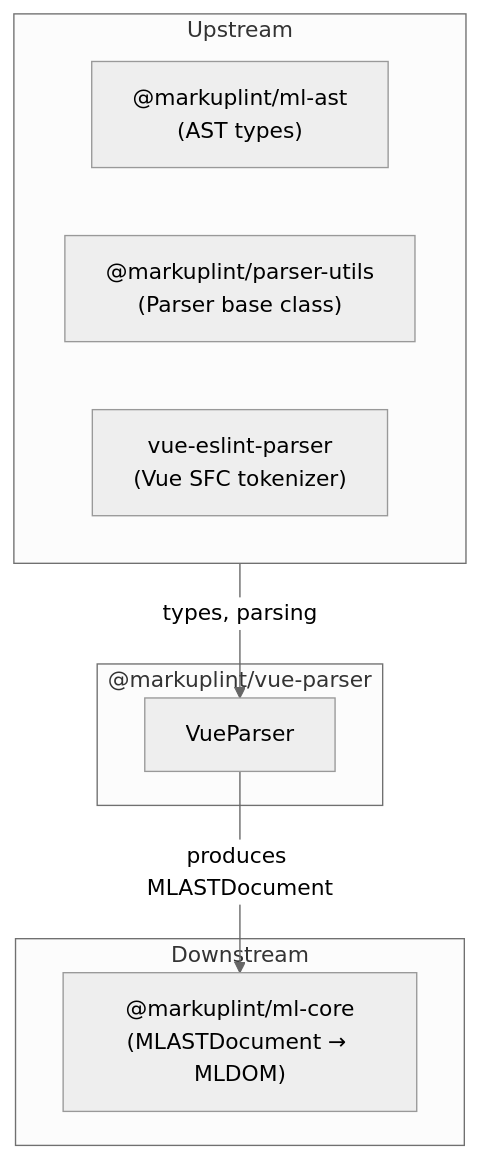
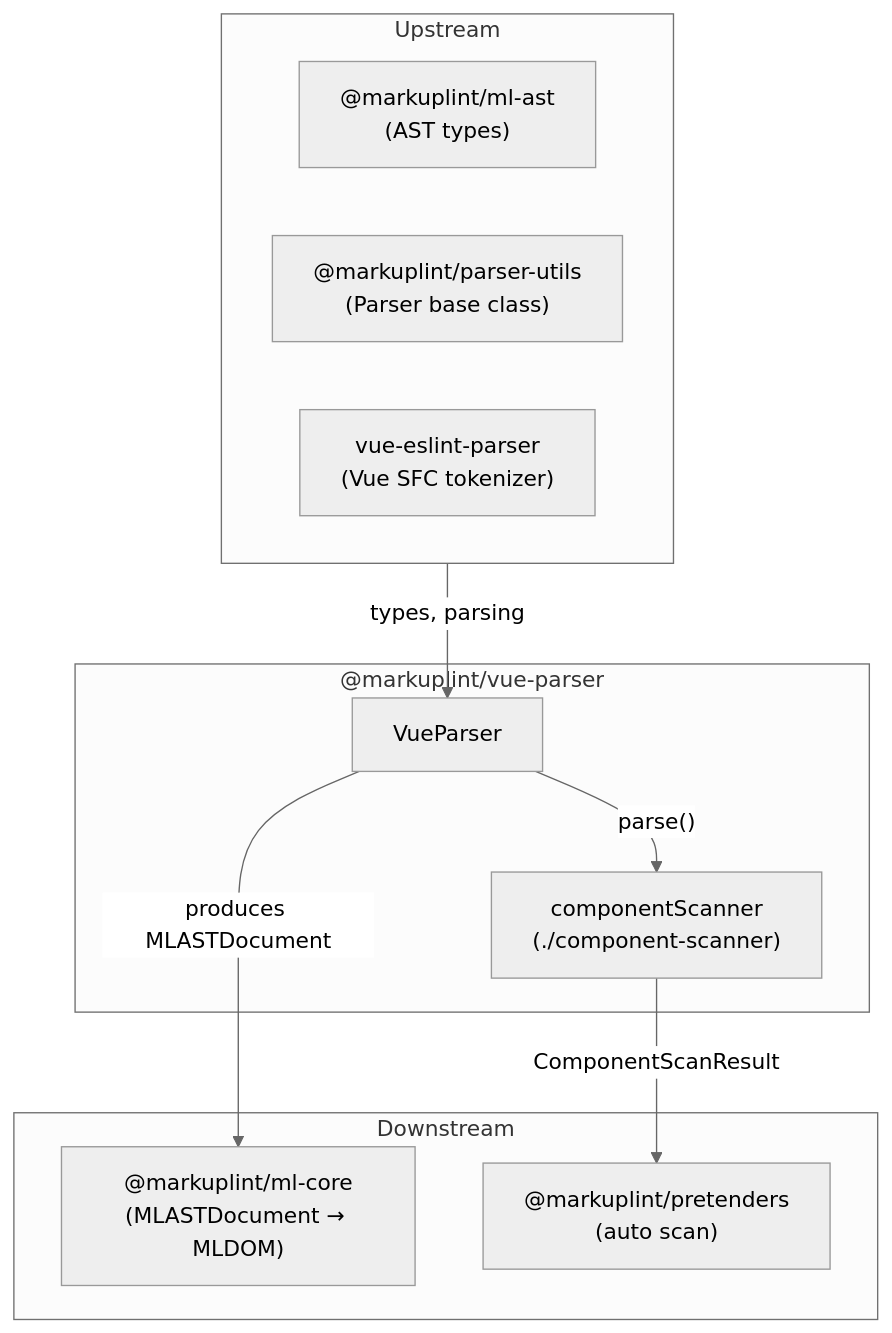
One commit to markuplint/markuplint changed the second of 2 diagrams in packages/@markuplint/vue-parser/ARCHITECTURE.md. Above: the diagram before and after it, drawn with Mermaid (neutral theme). The commit also changed other lines of this file and 5 other files, not shown here.

First line of the commit message:
docs: add component-scanner to parser ARCHITECTURE.md files

````diff
--- a/packages/@markuplint/vue-parser/ARCHITECTURE.md
+++ b/packages/@markuplint/vue-parser/ARCHITECTURE.md
@@ -270,19 +277,23 @@
 ```mermaid
 flowchart TD
     subgraph upstream ["Upstream"]
         mlAst["@markuplint/ml-ast\n(AST types)"]
         parserUtils["@markuplint/parser-utils\n(Parser base class)"]
         vueEslintParser["vue-eslint-parser\n(Vue SFC tokenizer)"]
     end
 
     subgraph pkg ["@markuplint/vue-parser"]
         vueParser["VueParser"]
+        compScanner["componentScanner\n(./component-scanner)"]
     end
 
     subgraph downstream ["Downstream"]
         mlCore["@markuplint/ml-core\n(MLASTDocument → MLDOM)"]
+        pretenders["@markuplint/pretenders\n(auto scan)"]
     end
 
     upstream -->|"types, parsing"| vueParser
     vueParser -->|"produces MLASTDocument"| mlCore
+    vueParser -->|"parse()"| compScanner
+    compScanner -->|"ComponentScanResult"| pretenders
 ```
````
